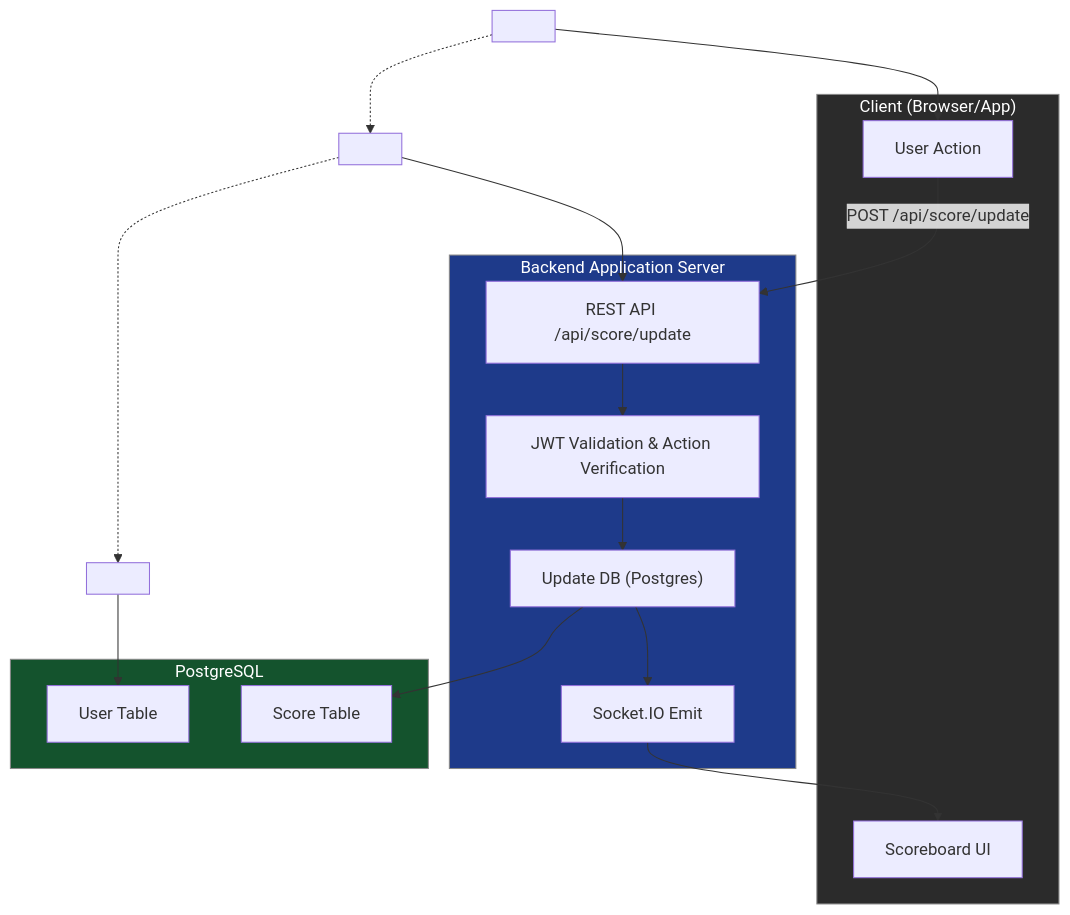
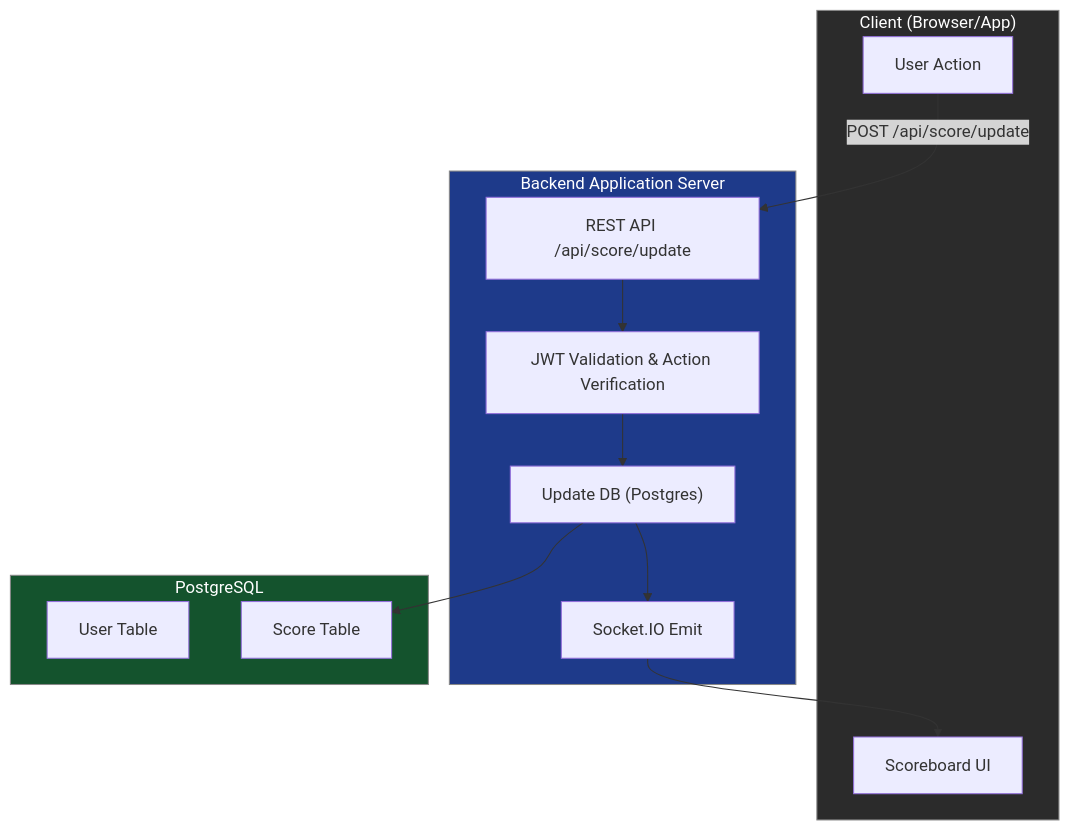
Before and after one commit to lvhoanthanh/react-login: the diagram in backend/readme.md, drawn with Mermaid.

````diff
--- a/backend/readme.md
+++ b/backend/readme.md
@@ -185,38 +185,32 @@
 ```mermaid
 flowchart TB
-
-    %% Dummy để giữ layout 3 cột
-    C0[ ] -.-> B0[ ] -.-> D0[ ]
 
     %% Cột 1: Client
     subgraph Client["Client (Browser/App)"]
         A1["User Action"]
         A2["Scoreboard UI"]
     end
     style Client fill:#2b2b2b,stroke:#888,color:#fff
-    C0 --> A1
 
     %% Cột 2: Backend
     subgraph Backend["Backend Application Server"]
         B1["REST API /api/score/update"]
         B2["JWT Validation & Action Verification"]
         B3["Update DB (Postgres)"]
         B4["Socket.IO Emit"]
     end
     style Backend fill:#1e3a8a,stroke:#888,color:#fff
-    B0 --> B1
 
     %% Cột 3: Database
     subgraph DB["PostgreSQL"]
         D1["User Table"]
         D2["Score Table"]
     end
     style DB fill:#14532d,stroke:#888,color:#fff
-    D0 --> D1
 
     %% Flow
     A1 -->|POST /api/score/update| B1
     B1 --> B2 --> B3 --> D2
     B3 --> B4 --> A2
 
 ```
````
